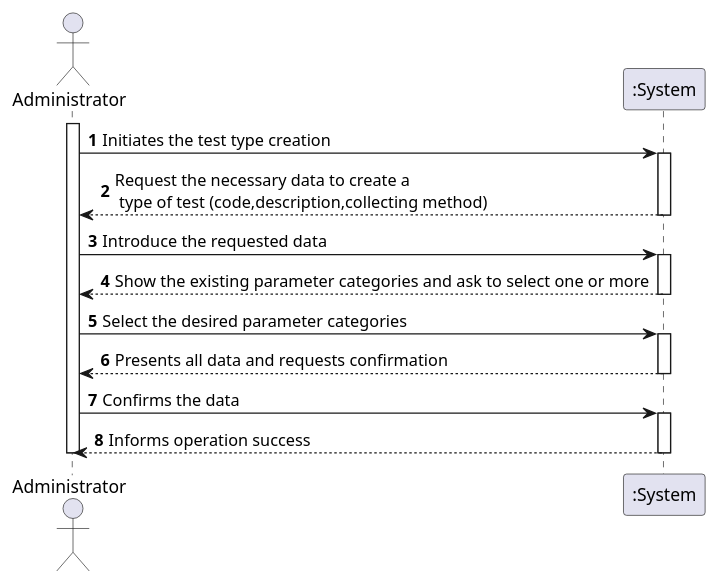
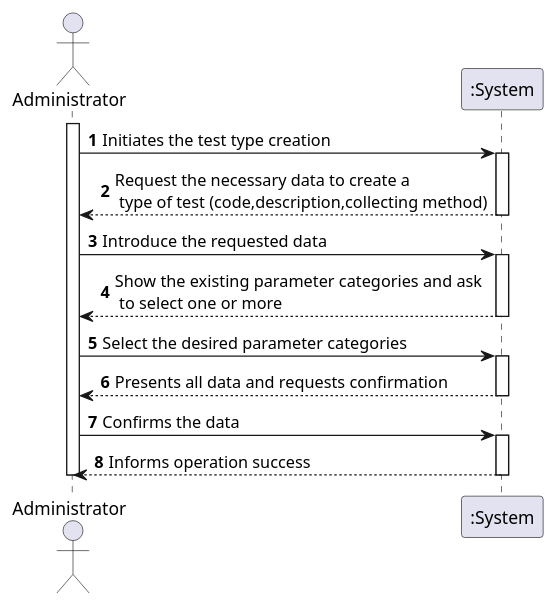
One commit to manu-07-ela/LAPR2_ISEP changed the diagram in docs/SprintB/US09/US09_SSD.puml. Above: the diagram before and after it, drawn with PlantUML.

Commit message:
Correction of the aesthetics of the US9 SSD

```diff
--- a/docs/SprintB/US09/US09_SSD.puml
+++ b/docs/SprintB/US09/US09_SSD.puml
@@ -1,28 +1,28 @@
 @startuml
 autonumber
 actor "Administrator" as Adm
 
 activate Adm
 Adm -> ":System" : Initiates the test type creation
 activate ":System"
 ":System" --> Adm : Request the necessary data to create a\n type of test (code,description,collecting method)
 deactivate ":System"
 
 Adm -> ":System" : Introduce the requested data
 activate ":System"
-":System" --> Adm : Show the existing parameter categories and ask to select one or more
+":System" --> Adm : Show the existing parameter categories and ask\n to select one or more
 deactivate ":System"
 
 Adm -> ":System" : Select the desired parameter categories
 activate ":System"
 ":System" --> Adm : Presents all data and requests confirmation
 deactivate ":System"
 
 Adm -> ":System" : Confirms the data
 activate ":System"
 ":System" --> Adm : Informs operation success
 deactivate ":System"
 
 deactivate Adm
 
 @enduml
```
